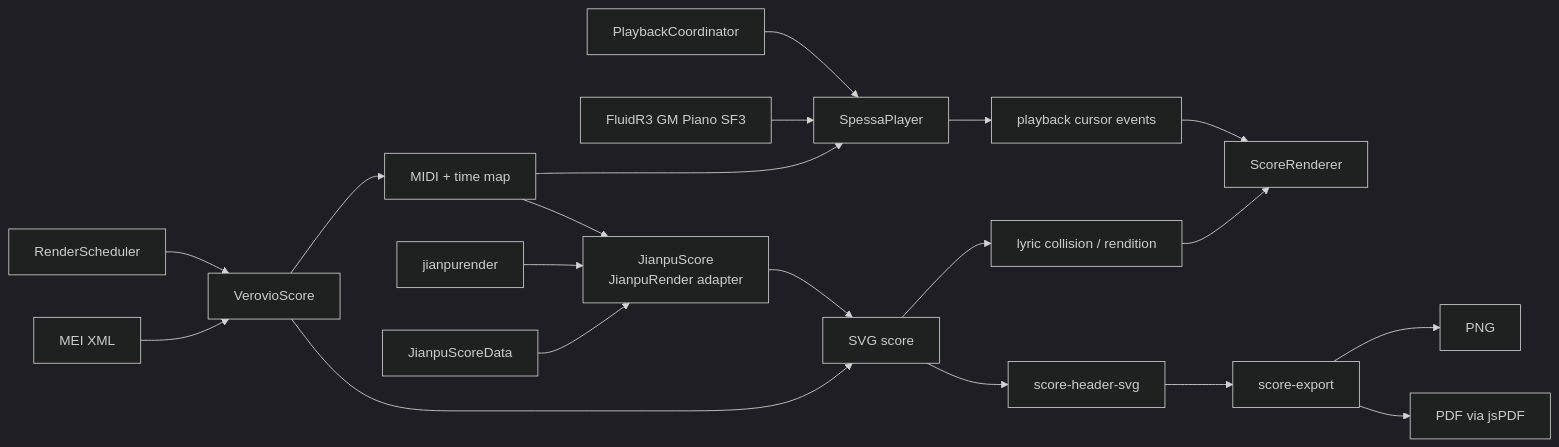
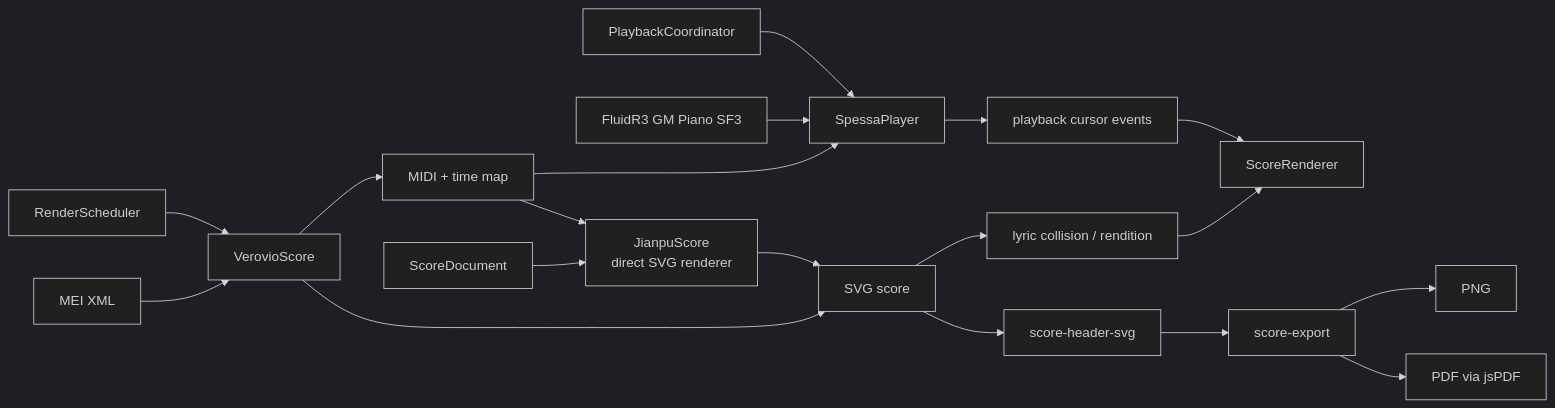
One commit to huazhechen/m3n changed the fourth of 5 diagrams in docs/CODEGRAPH.md. Above: the diagram before and after it, drawn with Mermaid (dark theme). The commit also changed other lines of this file and 17 other files, not shown here.

Commit message:
rewrite jianpu rendering from score document

````diff
--- a/docs/CODEGRAPH.md
+++ b/docs/CODEGRAPH.md
@@ -121,22 +119,21 @@
 ```mermaid
 flowchart LR
   mei["MEI XML"] --> verovio["VerovioScore"]
-  jianpuData["JianpuScoreData"] --> jianpu["JianpuScore<br/>JianpuRender adapter"]
-  jianpurender["jianpurender"] --> jianpu
+  score["ScoreDocument"] --> jianpu["JianpuScore<br/>direct SVG renderer"]
   scheduler["RenderScheduler"] --> verovio
   verovio --> svg["SVG score"]
   verovio --> midi["MIDI + time map"]
   midi --> jianpu
   jianpu --> svg
   midi --> player["SpessaPlayer"]
   soundfont["FluidR3 GM Piano SF3"] --> player
   coordinator["PlaybackCoordinator"] --> player
   player --> cursor["playback cursor events"]
   svg --> collisions["lyric collision / rendition"]
   collisions --> screen["ScoreRenderer"]
   cursor --> screen
   svg --> header["score-header-svg"]
   header --> exporter["score-export"]
   exporter --> png["PNG"]
   exporter --> pdf["PDF via jsPDF"]
 ```
````
